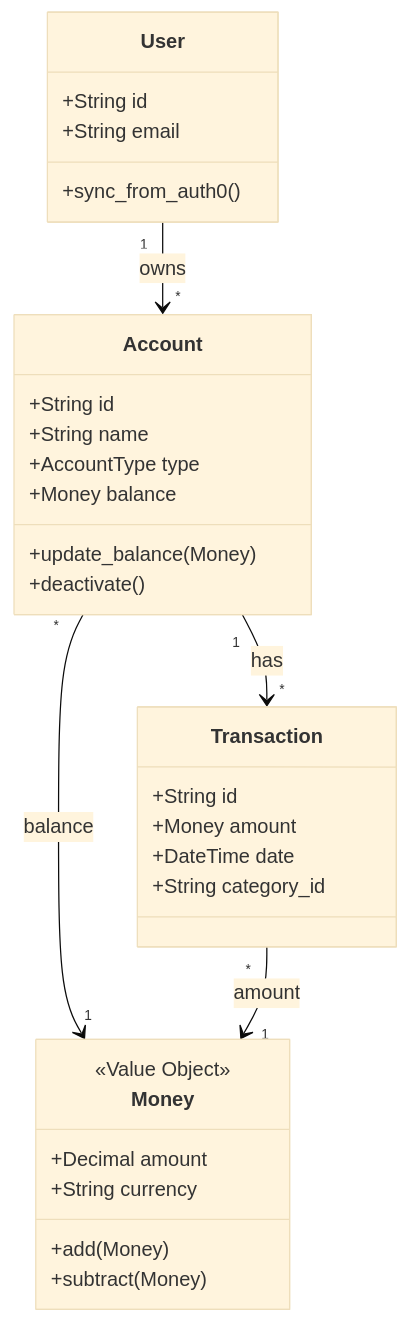
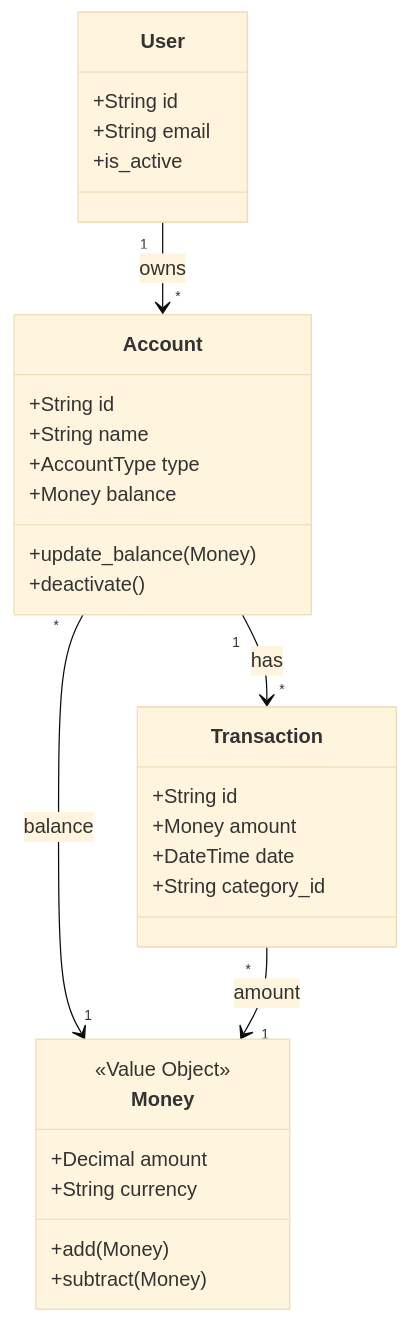
Before and after one commit to DiegoDG-01/LunanceIA: the fifth of 8 diagrams in docs/ARCHITECTURE.md, drawn with Mermaid (base theme). The commit also changed other lines of this file and 4 other files, not shown here.

````diff
--- a/docs/ARCHITECTURE.md
+++ b/docs/ARCHITECTURE.md
@@ -250,37 +248,37 @@
 ```mermaid
 classDiagram
     class User {
         +String id
         +String email
-        +sync_from_auth0()
+        +is_active
     }
 
     class Account {
         +String id
         +String name
         +AccountType type
         +Money balance
         +update_balance(Money)
         +deactivate()
     }
 
     class Transaction {
         +String id
         +Money amount
         +DateTime date
         +String category_id
     }
 
     class Money {
         <<Value Object>>
         +Decimal amount
         +String currency
         +add(Money)
         +subtract(Money)
     }
 
     User "1" --> "*" Account : owns
     Account "1" --> "*" Transaction : has
     Account "*" --> "1" Money : balance
     Transaction "*" --> "1" Money : amount
 ```
````
